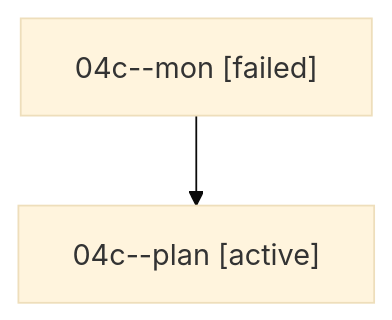
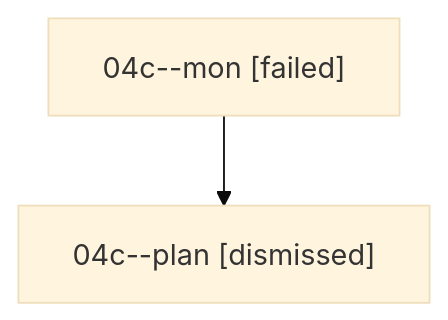
Before and after one commit to sase-org/sase--agents: the diagram in sessions/bbugyi200.athena.04c.md, drawn with Mermaid (base theme). The commit also changed other lines of this file and 25 other files, not shown here.

````diff
--- a/sessions/bbugyi200.athena.04c.md
+++ b/sessions/bbugyi200.athena.04c.md
@@ -9,6 +9,6 @@
 ```mermaid
 flowchart TD
   n0["04c--mon [failed]"]
-  n1["04c--plan [active]"]
+  n1["04c--plan [dismissed]"]
   n0 --> n1
 ```
````
